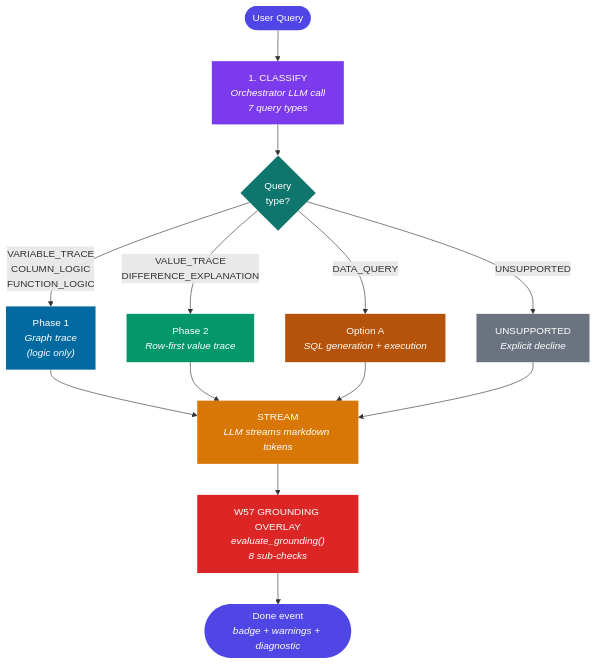
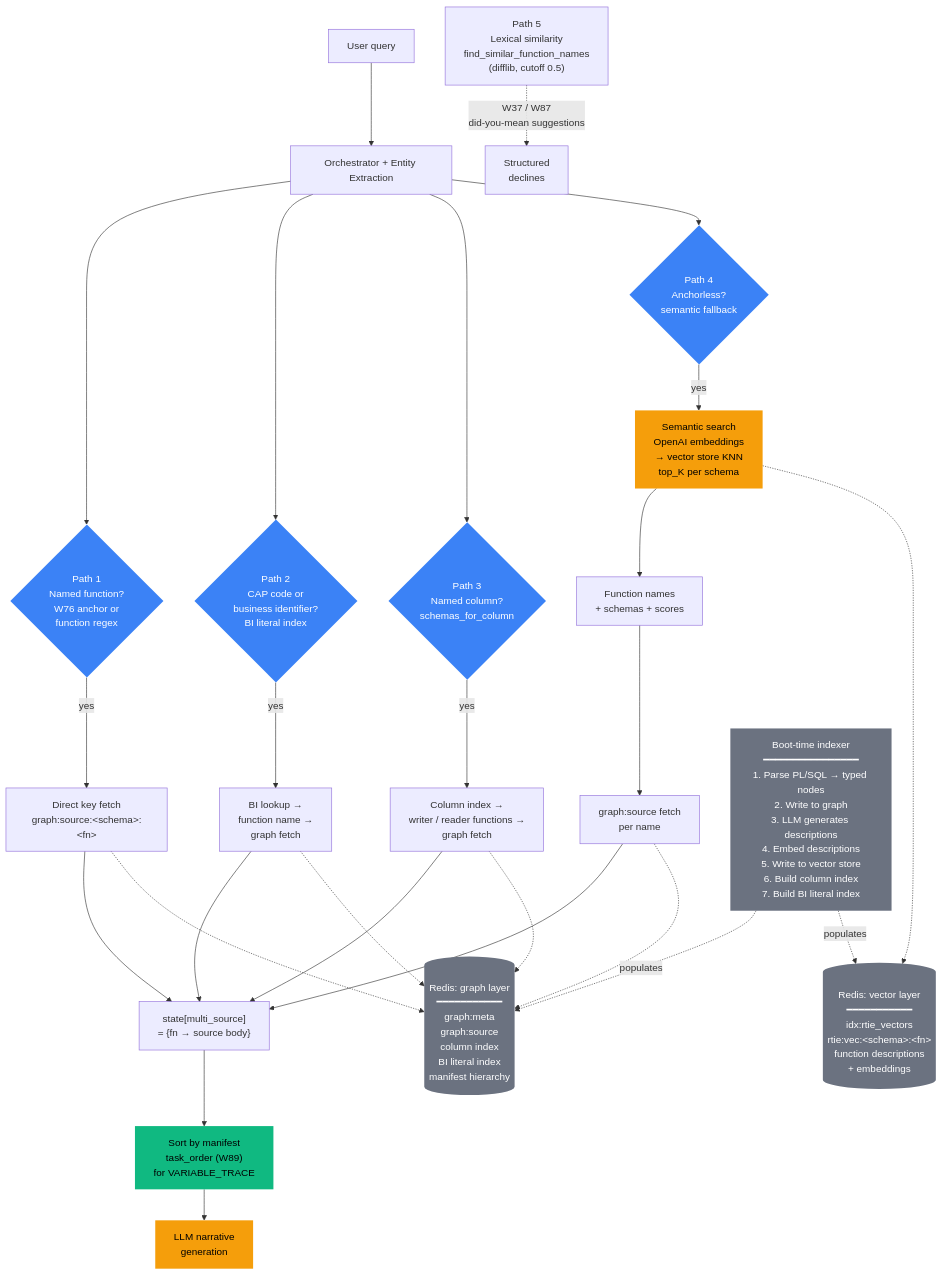
The third of 9 diagrams in README.md (OsamaAdeel/R-TIE), drawn with Mermaid before and after one commit. The commit also changed other lines of this file, not shown here.

````diff
--- a/README.md
+++ b/README.md
@@ -297,39 +411,50 @@
 ```mermaid
 flowchart TD
-    Q(["User Query"])
-    C["1. CLASSIFY<br/><i>Orchestrator LLM call<br/>7 query types</i>"]
-    R{"Query<br/>type?"}
+    Query["User query"] --> Orchestrator["Orchestrator + Entity Extraction"]
 
-    GP["Phase 1<br/><i>Graph trace<br/>(logic only)</i>"]
-    VT["Phase 2<br/><i>Row-first value trace</i>"]
-    DQ["Option A<br/><i>SQL generation + execution</i>"]
-    UN["UNSUPPORTED<br/><i>Explicit decline</i>"]
+    Orchestrator --> P1{"Path 1<br/>Named function?<br/>W76 anchor or<br/>function regex"}
+    Orchestrator --> P2{"Path 2<br/>CAP code or<br/>business identifier?<br/>BI literal index"}
+    Orchestrator --> P3{"Path 3<br/>Named column?<br/>schemas_for_column"}
+    Orchestrator --> P4{"Path 4<br/>Anchorless?<br/>semantic fallback"}
 
-    E["STREAM<br/><i>LLM streams markdown tokens</i>"]
-    V["W57 GROUNDING OVERLAY<br/><i>evaluate_grounding()<br/>8 sub-checks</i>"]
-    D(["Done event<br/><i>badge + warnings + diagnostic</i>"])
+    P1 -->|"yes"| K1["Direct key fetch<br/>graph:source:&lt;schema&gt;:&lt;fn&gt;"]
+    P2 -->|"yes"| K2["BI lookup →<br/>function name →<br/>graph fetch"]
+    P3 -->|"yes"| K3["Column index →<br/>writer / reader functions →<br/>graph fetch"]
+    P4 -->|"yes"| Vec["Semantic search<br/>OpenAI embeddings<br/>→ vector store KNN<br/>top_K per schema"]
 
-    Q --> C
-    C --> R
-    R -- "VARIABLE_TRACE<br/>COLUMN_LOGIC<br/>FUNCTION_LOGIC" --> GP
-    R -- "VALUE_TRACE<br/>DIFFERENCE_EXPLANATION" --> VT
-    R -- "DATA_QUERY" --> DQ
-    R -- "UNSUPPORTED" --> UN
+    Vec --> Names["Function names<br/>+ schemas + scores"]
+    Names --> Graph["graph:source fetch<br/>per name"]
 
-    GP --> E
-    VT --> E
-    DQ --> E
-    UN --> E
-    E --> V --> D
+    K1 --> Merge["state[multi_source]<br/>= {fn → source body}"]
+    K2 --> Merge
+    K3 --> Merge
+    Graph --> Merge
 
-    style Q fill:#4f46e5,color:#fff,stroke:none
-    style C fill:#7c3aed,color:#fff,stroke:none
-    style R fill:#0f766e,color:#fff,stroke:none
-    style GP fill:#0369a1,color:#fff,stroke:none
-    style VT fill:#059669,color:#fff,stroke:none
-    style DQ fill:#b45309,color:#fff,stroke:none
-    style UN fill:#6b7280,color:#fff,stroke:none
-    style E fill:#d97706,color:#fff,stroke:none
-    style V fill:#dc2626,color:#fff,stroke:none
-    style D fill:#4f46e5,color:#fff,stroke:none
+    Merge --> Sort["Sort by manifest<br/>task_order (W89)<br/>for VARIABLE_TRACE"]
+    Sort --> Narrative["LLM narrative<br/>generation"]
+
+    Lex["Path 5<br/>Lexical similarity<br/>find_similar_function_names<br/>(difflib, cutoff 0.5)"] -.->|"W37 / W87<br/>did-you-mean suggestions"| DeclineSurface["Structured<br/>declines"]
+
+    GraphStore[("Redis: graph layer<br/>━━━━━━━━━━━<br/>graph:meta<br/>graph:source<br/>column index<br/>BI literal index<br/>manifest hierarchy")]
+    VecStore[("Redis: vector layer<br/>━━━━━━━━━━━<br/>idx:rtie_vectors<br/>rtie:vec:&lt;schema&gt;:&lt;fn&gt;<br/>function descriptions<br/>+ embeddings")]
+
+    K1 -.-> GraphStore
+    K2 -.-> GraphStore
+    K3 -.-> GraphStore
+    Graph -.-> GraphStore
+    Vec -.-> VecStore
+
+    Indexer["Boot-time indexer<br/>━━━━━━━━━━━━━━━━<br/>1. Parse PL/SQL → typed nodes<br/>2. Write to graph<br/>3. LLM generates descriptions<br/>4. Embed descriptions<br/>5. Write to vector store<br/>6. Build column index<br/>7. Build BI literal index"] -.->|"populates"| GraphStore
+    Indexer -.->|"populates"| VecStore
+
+    style P1 fill:#3b82f6,color:#fff,stroke:none
+    style P2 fill:#3b82f6,color:#fff,stroke:none
+    style P3 fill:#3b82f6,color:#fff,stroke:none
+    style P4 fill:#3b82f6,color:#fff,stroke:none
+    style Vec fill:#f59e0b,color:#000,stroke:none
+    style Sort fill:#10b981,color:#000,stroke:none
+    style Narrative fill:#f59e0b,color:#000,stroke:none
+    style GraphStore fill:#6b7280,color:#fff,stroke:none
+    style VecStore fill:#6b7280,color:#fff,stroke:none
+    style Indexer fill:#6b7280,color:#fff,stroke:none
 ```
````
